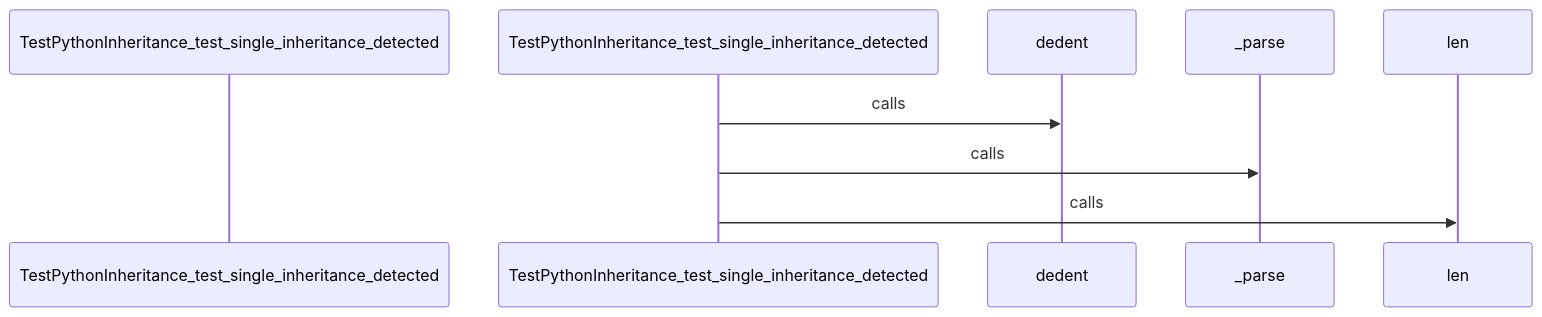
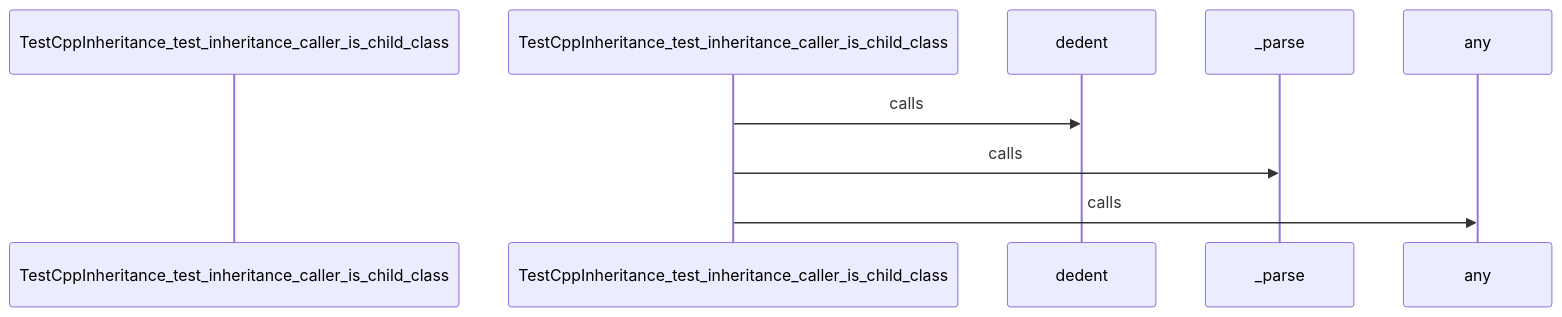
One commit to hazalkoom/DECODEx01 changed diagram 23 of 28 in docs/CALL_FLOW.md. Above: the diagram before and after it, drawn with Mermaid. The commit also changed other lines of this file and 6 other files, not shown here.

Commit message:
feat: NLG heuristic improvements - stricter schema matching, python decorator parsing, utility path pruning

````diff
--- a/docs/CALL_FLOW.md
+++ b/docs/CALL_FLOW.md
@@ -763,17 +933,17 @@
 ```mermaid
 sequenceDiagram
-    participant Start as TestPythonInheritance_test_single_inheritance_detected
+    participant Start as TestCppInheritance_test_inheritance_caller_is_child_class
 
 
-    TestPythonInheritance_test_single_inheritance_detected->>dedent: calls
+    TestCppInheritance_test_inheritance_caller_is_child_class->>dedent: calls
 
 
 
-    TestPythonInheritance_test_single_inheritance_detected->>_parse: calls
+    TestCppInheritance_test_inheritance_caller_is_child_class->>_parse: calls
 
 
 
-    TestPythonInheritance_test_single_inheritance_detected->>len: calls
+    TestCppInheritance_test_inheritance_caller_is_child_class->>any: calls
 
 
 ```
````
